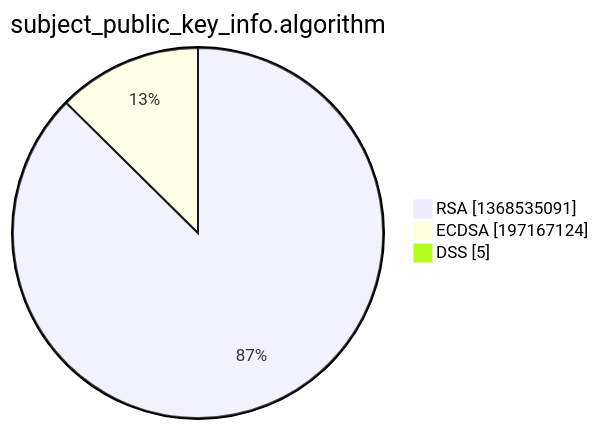
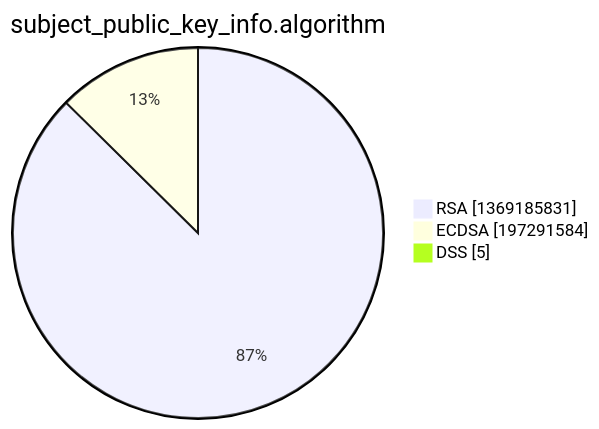
One commit to christiankrug/ctmonitor_visualization changed the third of 15 diagrams in xenon2022/README.md. Above: the diagram before and after it, drawn with Mermaid. The commit also changed other lines of this file, not shown here.

````diff
--- a/xenon2022/README.md
+++ b/xenon2022/README.md
@@ -14,7 +14,7 @@
 ```mermaid
 pie showData
 title subject_public_key_info.algorithm
-"RSA" :1368535091
-"ECDSA" :197167124
+"RSA" :1369185831
+"ECDSA" :197291584
 "DSS" :5
 ```
````
